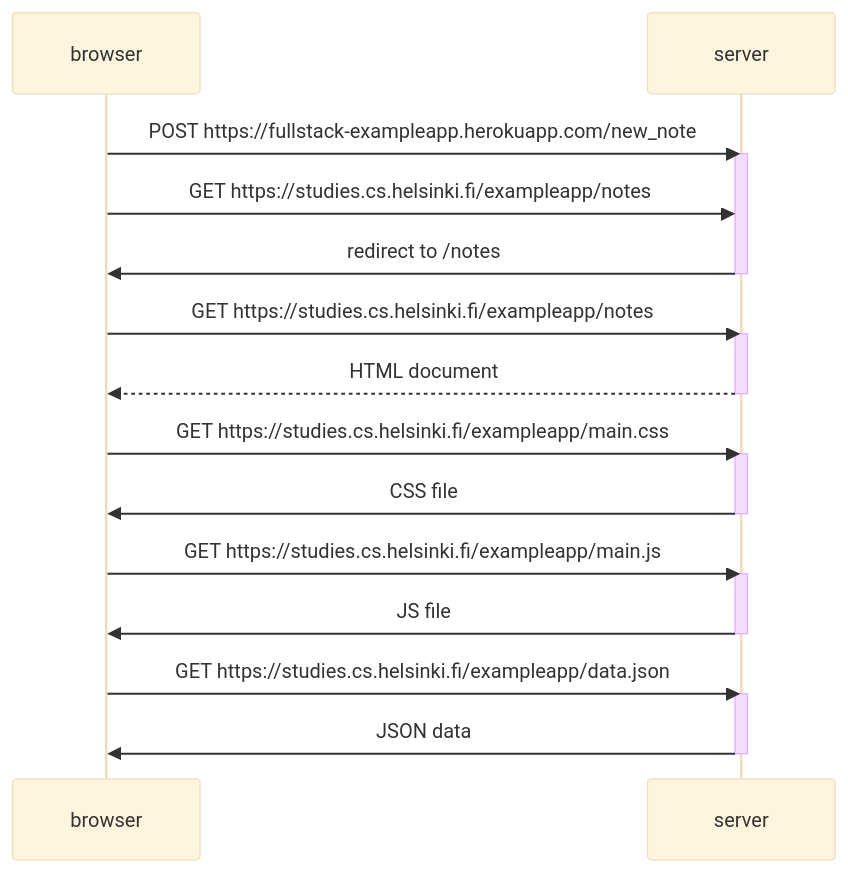
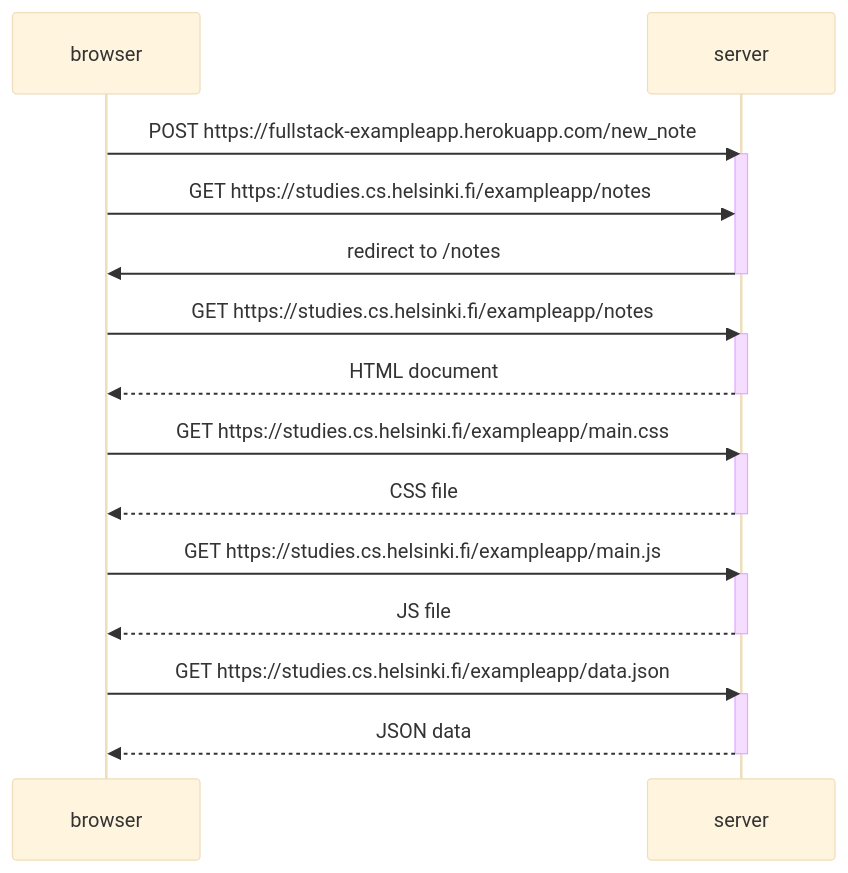
One commit to candyliaa/FullStackOpenExercises changed the diagram in part0/ex04.md. Above: the diagram before and after it, drawn with Mermaid (base theme).

Commit message:
cleaned up arrows

````diff
--- a/part0/ex04.md
+++ b/part0/ex04.md
@@ -1,33 +1,33 @@
 ```mermaid
 
 sequenceDiagram
     participant browser
     participant server
 
     browser->>server: POST https://fullstack-exampleapp.herokuapp.com/new_note
     activate server
     browser->>server: GET https://studies.cs.helsinki.fi/exampleapp/notes
     server->>browser: redirect to /notes
     deactivate server
 
     browser->>server: GET https://studies.cs.helsinki.fi/exampleapp/notes
     activate server
     server-->>browser: HTML document
     deactivate server
 
     browser->>server: GET https://studies.cs.helsinki.fi/exampleapp/main.css
     activate server
-    server->>browser: CSS file
+    server-->>browser: CSS file
     deactivate server
 
     browser->>server: GET https://studies.cs.helsinki.fi/exampleapp/main.js
     activate server
-    server->>browser: JS file
+    server-->>browser: JS file
     deactivate server
 
     browser->>server: GET https://studies.cs.helsinki.fi/exampleapp/data.json
     activate server
-    server->>browser: JSON data
+    server-->>browser: JSON data
     deactivate server
 
 ```
````
